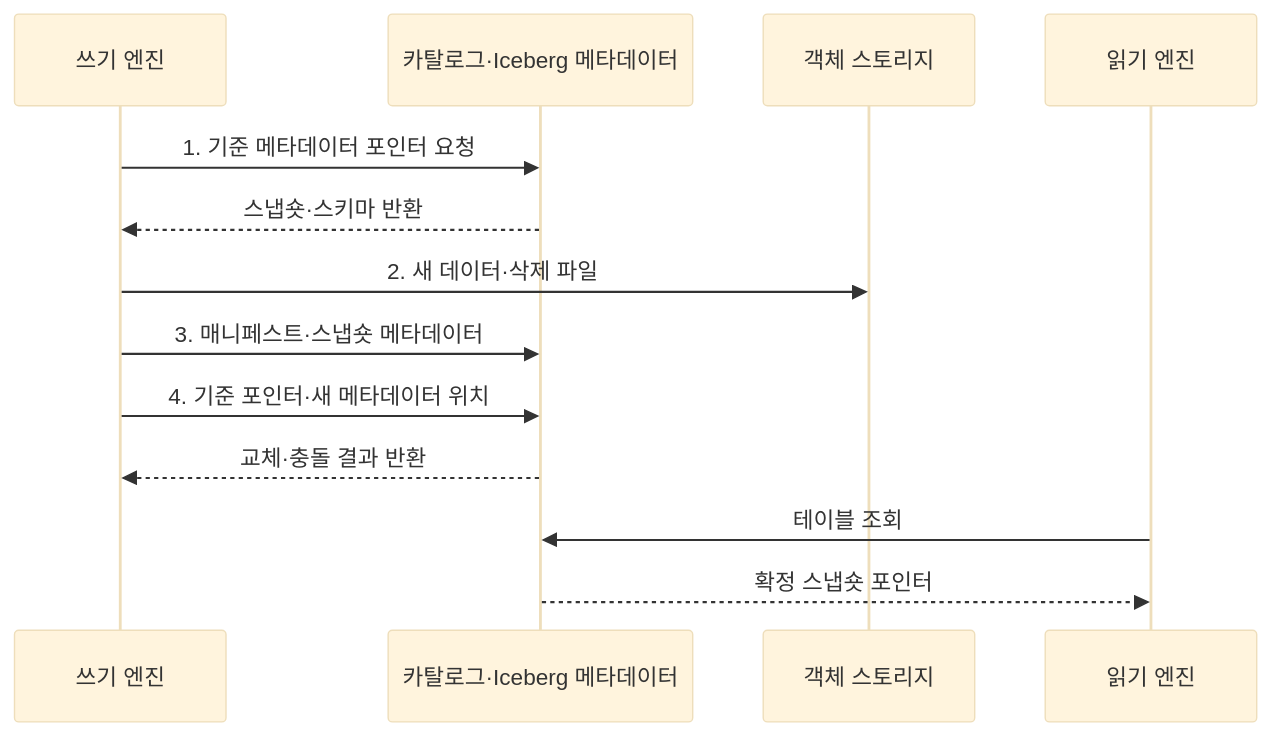
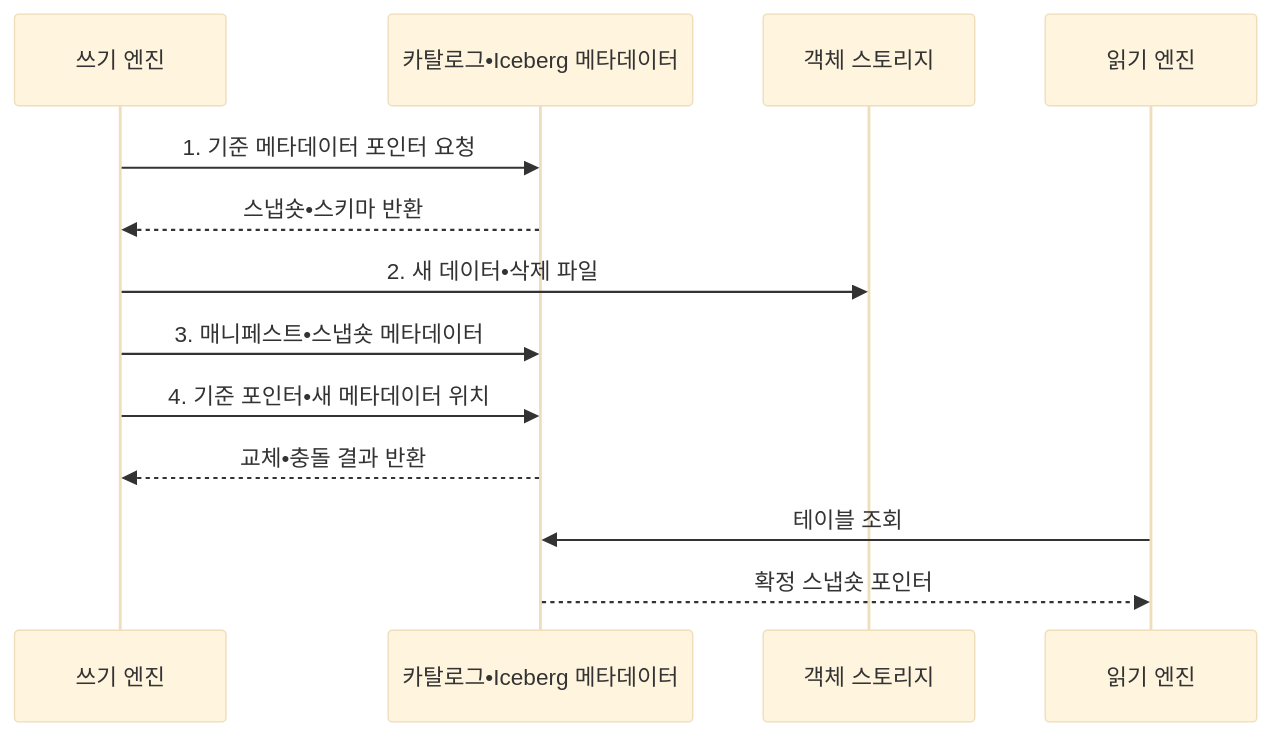
Before and after one commit to agnusdei1207/knowledge-base: the second of 2 diagrams in src/content/docs/notes/03-software/128_apache_iceberg.md, drawn with Mermaid (base theme). The commit also changed other lines of this file and 953 other files, not shown here.

````diff
--- a/src/content/docs/notes/03-software/128_apache_iceberg.md
+++ b/src/content/docs/notes/03-software/128_apache_iceberg.md
@@ -103,15 +103,15 @@
 ```mermaid
 sequenceDiagram
     participant W as 쓰기 엔진
-    participant C as 카탈로그·Iceberg 메타데이터
+    participant C as 카탈로그•Iceberg 메타데이터
     participant D as 객체 스토리지
     participant R as 읽기 엔진
     W->>C: 1. 기준 메타데이터 포인터 요청
-    C-->>W: 스냅숏·스키마 반환
-    W->>D: 2. 새 데이터·삭제 파일
-    W->>C: 3. 매니페스트·스냅숏 메타데이터
-    W->>C: 4. 기준 포인터·새 메타데이터 위치
-    C-->>W: 교체·충돌 결과 반환
+    C-->>W: 스냅숏•스키마 반환
+    W->>D: 2. 새 데이터•삭제 파일
+    W->>C: 3. 매니페스트•스냅숏 메타데이터
+    W->>C: 4. 기준 포인터•새 메타데이터 위치
+    C-->>W: 교체•충돌 결과 반환
     R->>C: 테이블 조회
     C-->>R: 확정 스냅숏 포인터
 ```
````
